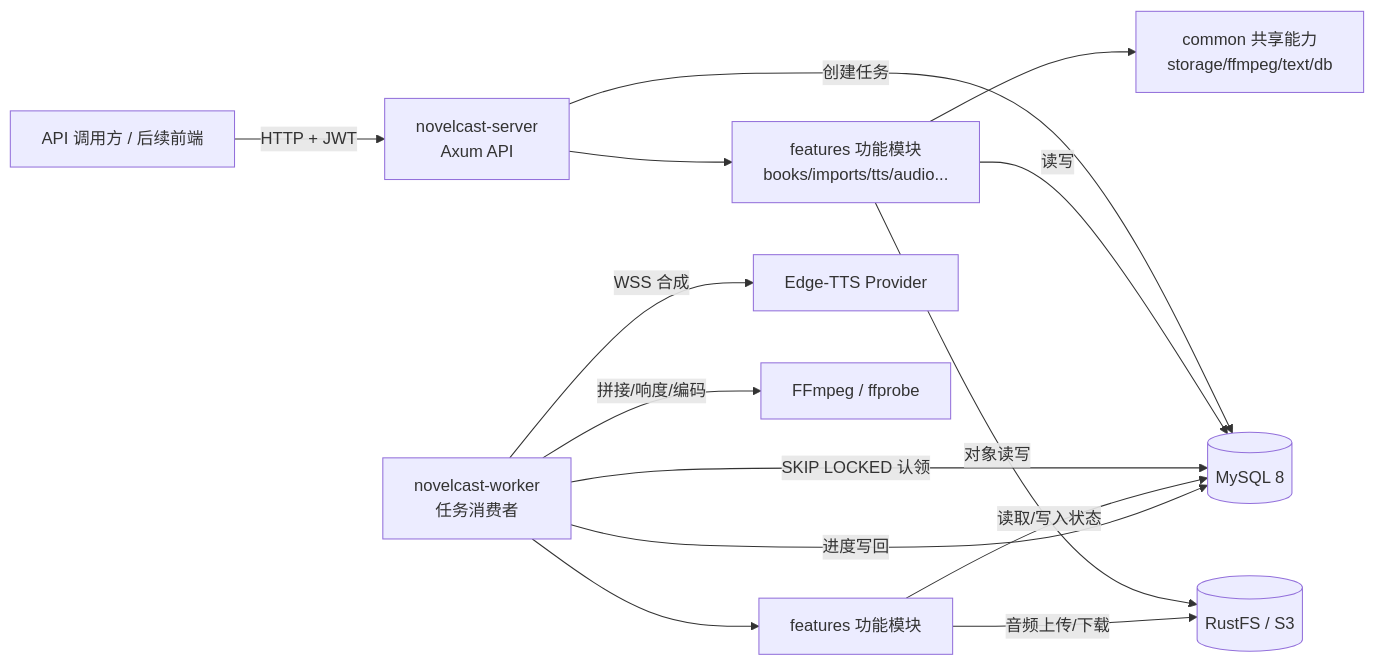
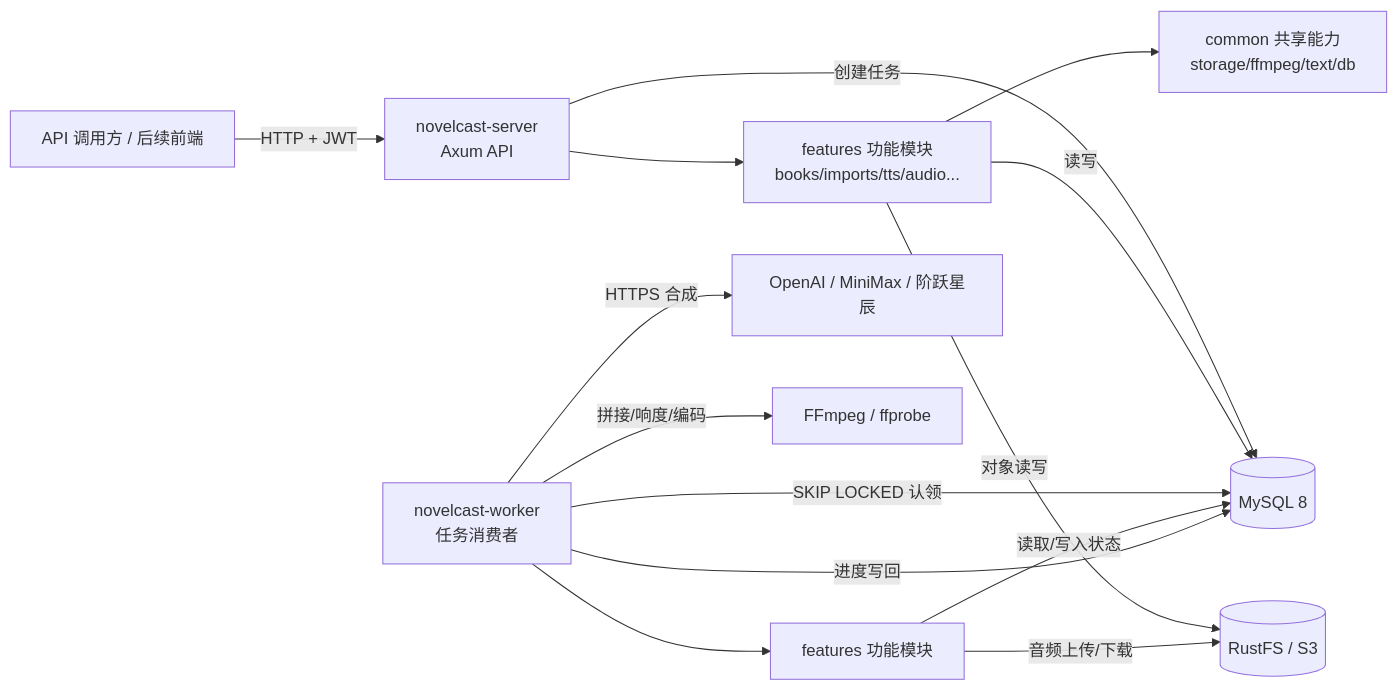
The first of 2 diagrams in docs/02-architecture.md (CherryKingOne/Studio), drawn with Mermaid before and after one commit. The commit also changed other lines of this file and 41 other files, not shown here.

````diff
--- a/docs/02-architecture.md
+++ b/docs/02-architecture.md
@@ -9,16 +9,16 @@
 ```mermaid
 flowchart LR
     C[API 调用方 / 后续前端] -->|HTTP + JWT| API[novelcast-server<br/>Axum API]
     API --> F[features 功能模块<br/>books/imports/tts/audio...]
     F --> COMMON[common 共享能力<br/>storage/ffmpeg/text/db]
     API -->|创建任务| DB[(MySQL 8)]
     F -->|读写| DB
     F -->|对象读写| OBJ[(RustFS / S3)]
     W[novelcast-worker<br/>任务消费者] -->|SKIP LOCKED 认领| DB
     W --> F2[features 功能模块]
     F2 -->|读取/写入状态| DB
     F2 -->|音频上传/下载| OBJ
-    W -->|WSS 合成| TTS[Edge-TTS Provider]
+    W -->|HTTPS 合成| TTS[OpenAI / MiniMax / 阶跃星辰]
     W -->|拼接/响度/编码| FF[FFmpeg / ffprobe]
     W -->|进度写回| DB
 ```
````
